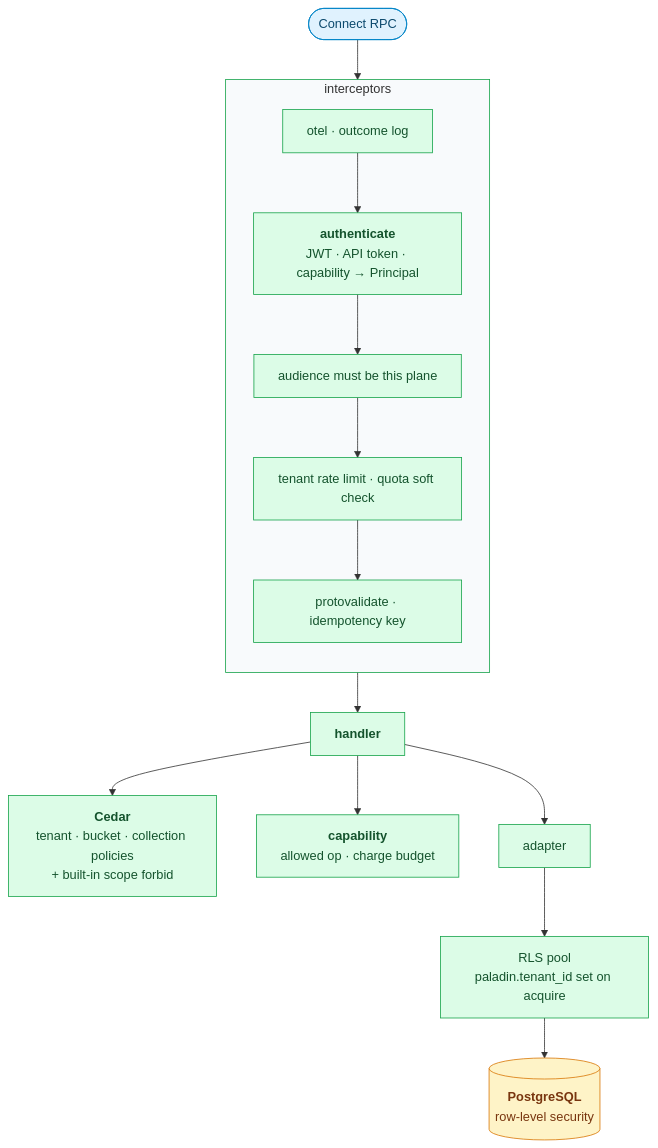
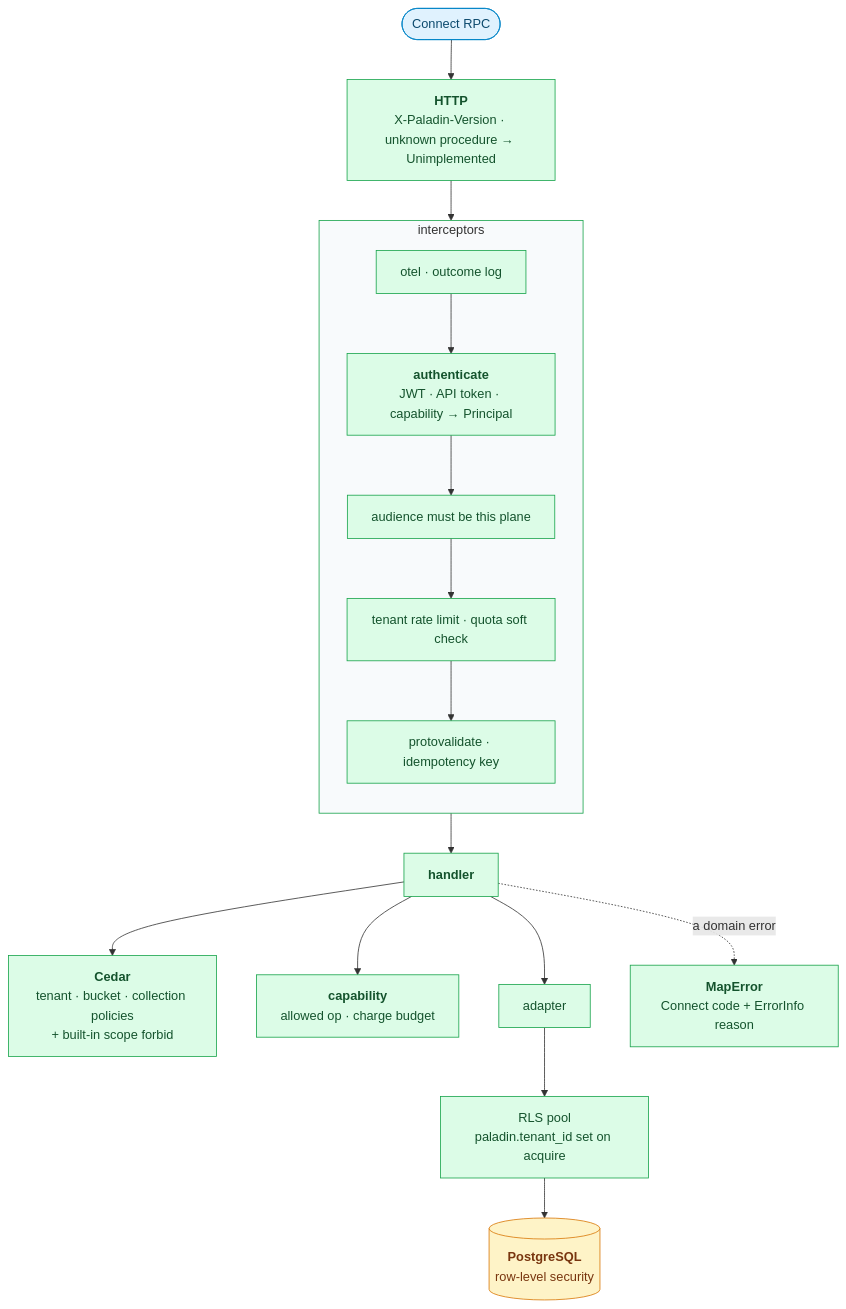
One commit to oleg-tkachuk/paladin changed the third of 13 diagrams in backend/docs/diagrams.md. Above: the diagram before and after it, drawn with Mermaid. The commit also changed other lines of this file and 7 other files, not shown here.

First line of the commit message:
docs: bring the architecture and its diagrams up to the sdk work

````diff
--- a/backend/docs/diagrams.md
+++ b/backend/docs/diagrams.md
@@ -91,34 +96,38 @@
 ```mermaid
 flowchart TB
     req(["Connect RPC"])
+    ver["<b>HTTP</b><br/>X-Paladin-Version · unknown procedure → Unimplemented"]
     subgraph ic ["interceptors"]
         direction TB
         obs["otel · outcome log"]
         authn["<b>authenticate</b><br/>JWT · API token · capability → Principal"]
         aud["audience must be this plane"]
         lim["tenant rate limit · quota soft check"]
         val["protovalidate · idempotency key"]
     end
     h["<b>handler</b>"]
     cedar["<b>Cedar</b><br/>tenant · bucket · collection policies<br/>+ built-in scope forbid"]
     cap["<b>capability</b><br/>allowed op · charge budget"]
     adp["adapter"]
     pool["RLS pool<br/>paladin.tenant_id set on acquire"]
     pg[("<b>PostgreSQL</b><br/>row-level security")]
 
-    req --> obs --> authn --> aud --> lim --> val --> h
+    err["<b>MapError</b><br/>Connect code + ErrorInfo reason"]
+
+    req --> ver --> obs --> authn --> aud --> lim --> val --> h
     h --> cedar
     h --> cap
     h --> adp --> pool --> pg
+    h -. "a domain error" .-> err
 
     classDef client fill:#E0F2FE,stroke:#0284C7,color:#0C4A6E
     classDef ui fill:#EDE9FE,stroke:#7C3AED,color:#3B0764
     classDef role fill:#DCFCE7,stroke:#16A34A,color:#14532D
     classDef optional fill:#F1F5F9,stroke:#64748B,color:#334155,stroke-dasharray:5 4
     classDef store fill:#FEF3C7,stroke:#D97706,color:#78350F
     classDef external fill:#FCE7F3,stroke:#DB2777,color:#831843
     class req client
-    class obs,authn,aud,lim,val,h,cedar,cap,adp,pool role
+    class ver,obs,authn,aud,lim,val,h,cedar,cap,adp,pool,err role
     class pg store
     style ic fill:#F8FAFC,stroke:#16A34A
 ```
````
